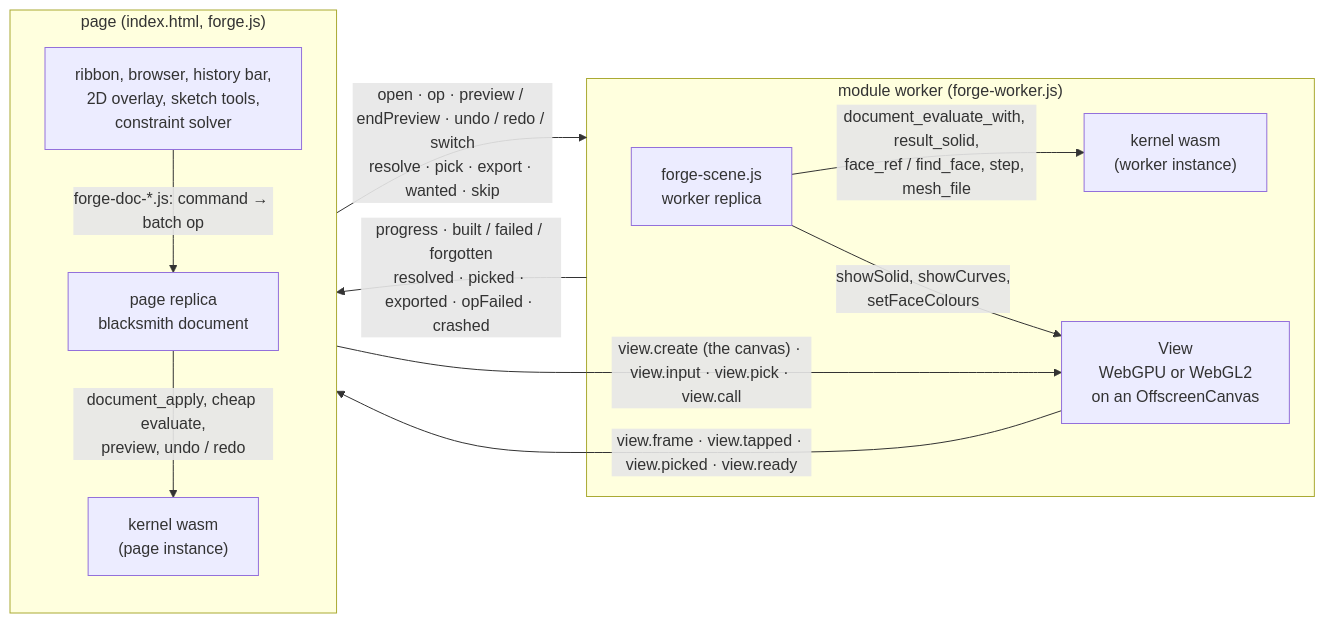
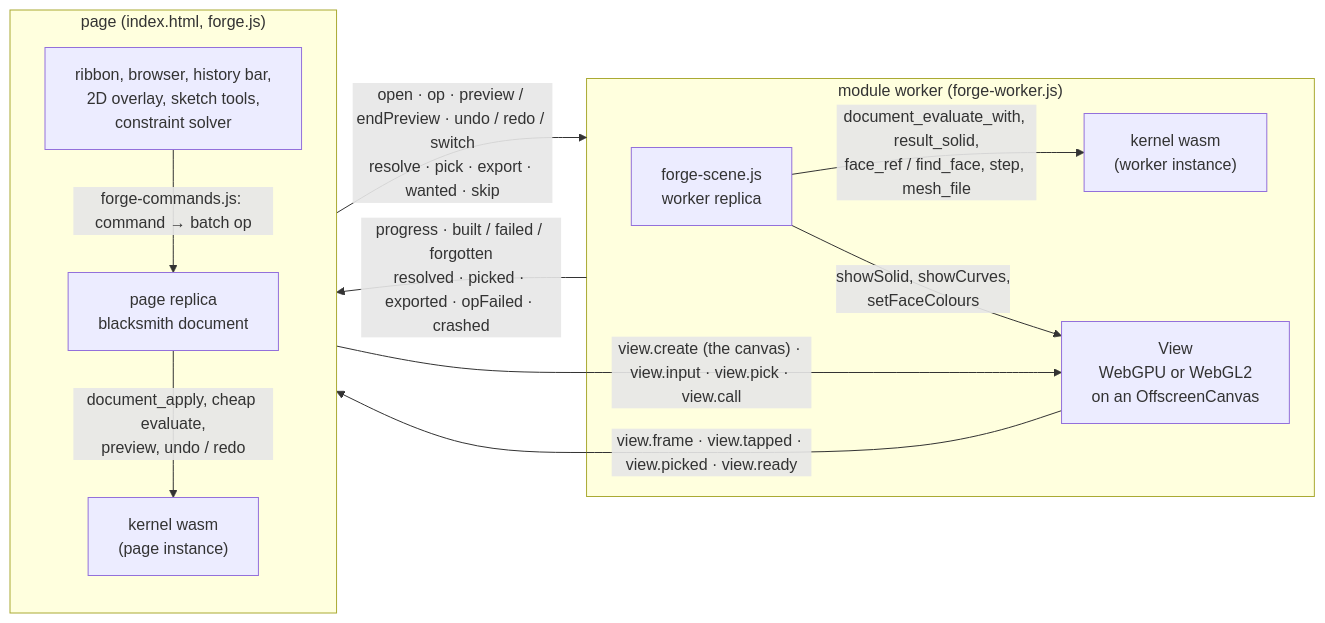
Before and after one commit to rdeioris/cadaclysm-forge: the diagram in README.md, drawn with Mermaid. The commit also changed other lines of this file and 27 other files, not shown here.

````diff
--- a/README.md
+++ b/README.md
@@ -37,21 +37,21 @@
 ```mermaid
 flowchart LR
     subgraph Page["page (index.html, forge.js)"]
         UI["ribbon, browser, history bar,<br/>2D overlay, sketch tools,<br/>constraint solver"]
         PR["page replica<br/>blacksmith document"]
         PW["kernel wasm<br/>(page instance)"]
-        UI -- "forge-doc-*.js: command → batch op" --> PR
+        UI -- "forge-commands.js: command → batch op" --> PR
         PR -- "document_apply, cheap evaluate,<br/>preview, undo / redo" --> PW
     end
     subgraph Worker["module worker (forge-worker.js)"]
         SC["forge-scene.js<br/>worker replica"]
         WW["kernel wasm<br/>(worker instance)"]
         V["View<br/>WebGPU or WebGL2<br/>on an OffscreenCanvas"]
         SC -- "document_evaluate_with, result_solid,<br/>face_ref / find_face, step, mesh_file" --> WW
         SC -- "showSolid, showCurves,<br/>setFaceColours" --> V
     end
     Page -- "open · op · preview / endPreview · undo / redo / switch<br/>resolve · pick · export · wanted · skip" --> Worker
     Worker -- "progress · built / failed / forgotten<br/>resolved · picked · exported · opFailed · crashed" --> Page
     Page -- "view.create (the canvas) · view.input · view.pick · view.call" --> V
     V -- "view.frame · view.tapped · view.picked · view.ready" --> Page
 ```
````
